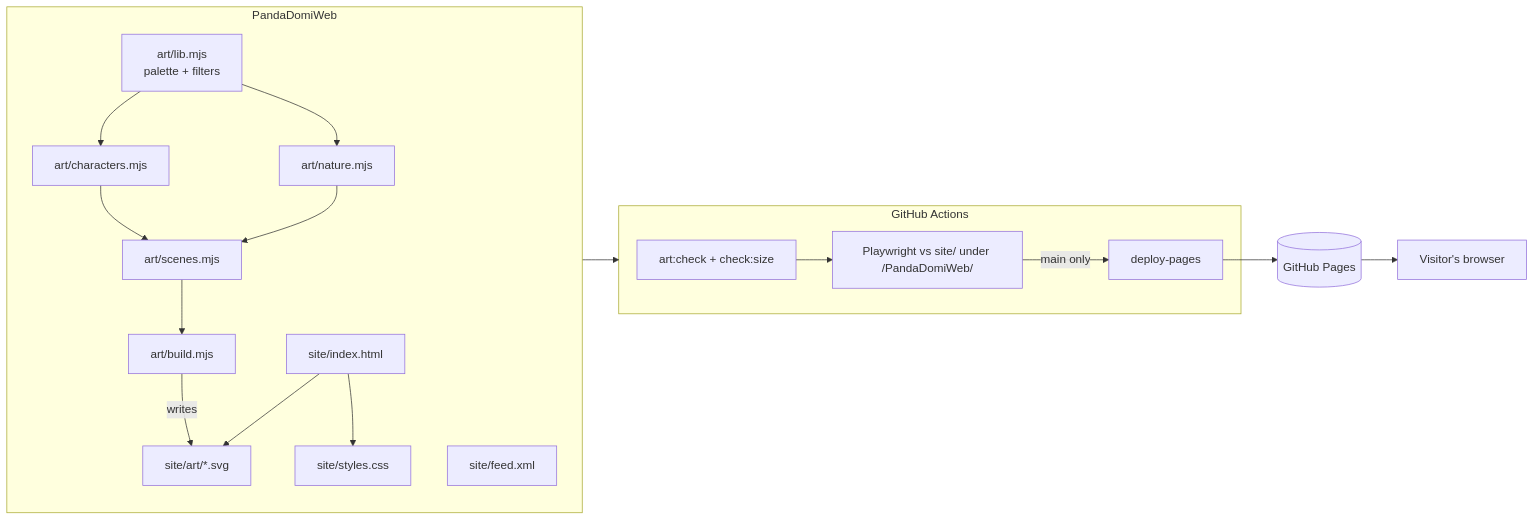
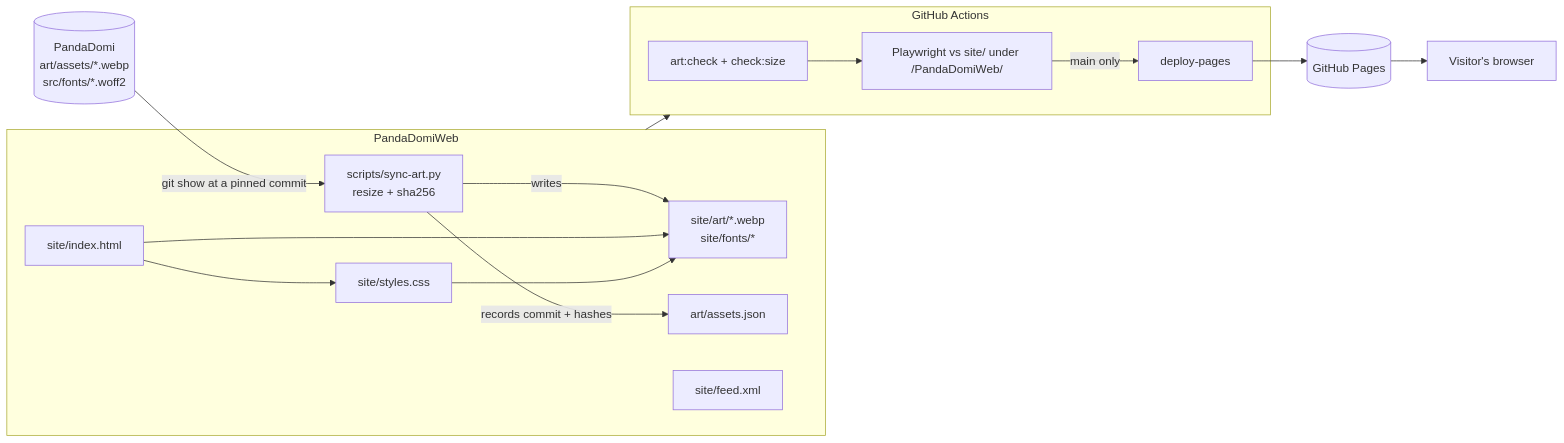
The diagram in .agents/features/landing-page.md (MNcopilotUno/PandaDomiWeb), drawn with Mermaid before and after one commit. The commit also changed other lines of this file and 4 other files, not shown here.

````diff
--- a/.agents/features/landing-page.md
+++ b/.agents/features/landing-page.md
@@ -29,21 +30,19 @@
 ```mermaid
 flowchart LR
+  game[(PandaDomi<br/>art/assets/*.webp<br/>src/fonts/*.woff2)] -->|git show at a pinned commit| sync[scripts/sync-art.py<br/>resize + sha256]
   subgraph repo[PandaDomiWeb]
-    lib[art/lib.mjs<br/>palette + filters] --> chars[art/characters.mjs]
-    lib --> nature[art/nature.mjs]
-    chars --> scenes[art/scenes.mjs]
-    nature --> scenes
-    scenes --> build[art/build.mjs]
-    build -->|writes| svgs[site/art/*.svg]
+    sync -->|writes| files[site/art/*.webp<br/>site/fonts/*]
+    sync -->|records commit + hashes| reg[art/assets.json]
     html[site/index.html] --> css[site/styles.css]
-    html --> svgs
+    html --> files
+    css --> files
     feed[site/feed.xml]
   end
   subgraph ci[GitHub Actions]
     check[art:check + check:size] --> e2e[Playwright vs site/ under /PandaDomiWeb/]
     e2e -->|main only| deploy[deploy-pages]
   end
   repo --> ci
   deploy --> pages[(GitHub Pages)]
   pages --> visitor[Visitor's browser]
 ```
````
